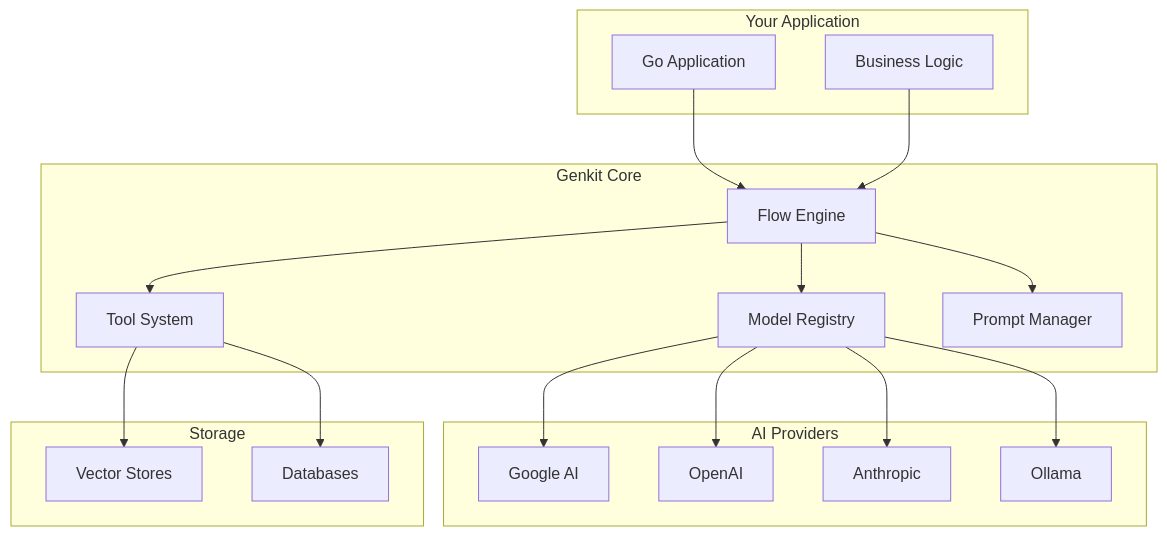
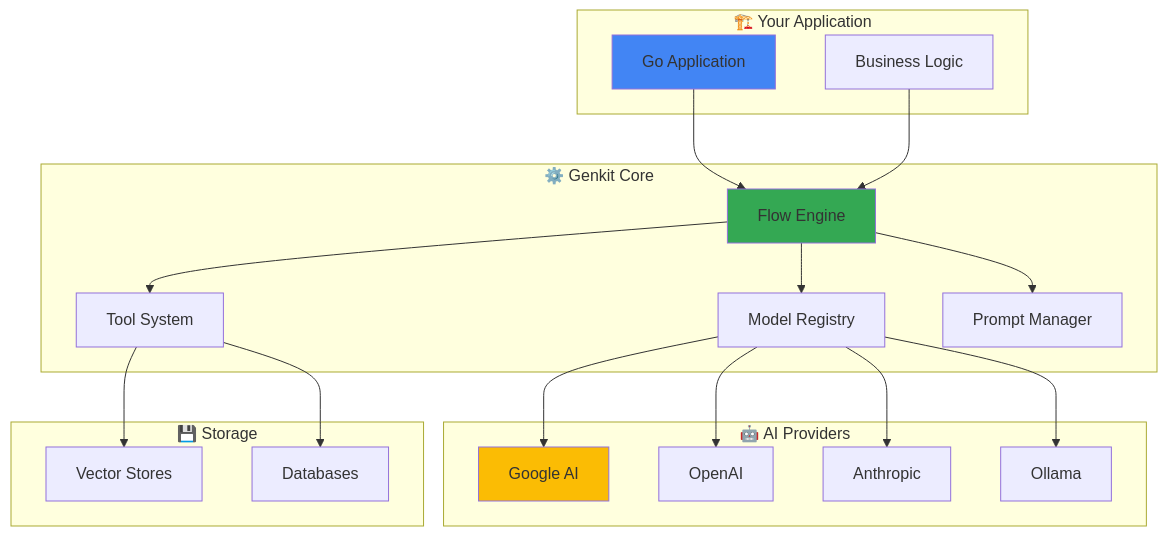
One commit to Lakeshore-Labs/slides changed the first of 4 diagrams in content/genkit/_index.md. Above: the diagram before and after it, drawn with Mermaid. The commit also changed other lines of this file and 1 other file, not shown here.

First line of the commit message:
Enhance genkit presentation aesthetics (#6)

```diff
--- a/content/genkit/_index.md
+++ b/content/genkit/_index.md
@@ -66,38 +116,42 @@
 {{< mermaid >}}
 graph TB
-    subgraph "Your Application"
+    subgraph "🏗️ Your Application"
         A[Go Application]
         B[Business Logic]
     end
     
-    subgraph "Genkit Core"
+    subgraph "⚙️ Genkit Core"
         C[Flow Engine]
         D[Model Registry]
         E[Tool System]
         F[Prompt Manager]
     end
     
-    subgraph "AI Providers"
+    subgraph "🤖 AI Providers"
         G[Google AI]
         H[OpenAI]
         I[Anthropic]
         J[Ollama]
     end
     
-    subgraph "Storage"
+    subgraph "💾 Storage"
         K[Vector Stores]
         L[Databases]
     end
     
     A --> C
     B --> C
     C --> D
     C --> E
     C --> F
     D --> G
     D --> H
     D --> I
     D --> J
     E --> K
     E --> L
+    
+    style A fill:#4285f4
+    style C fill:#34a853
+    style G fill:#fbbc04
 {{< /mermaid >}}
```
